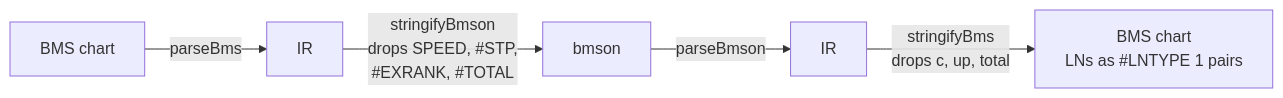
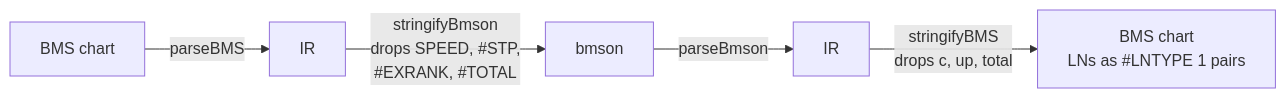
Before and after one commit to nulltask/be-music: the diagram in docs/format-compat.md, drawn with Mermaid. The commit also changed other lines of this file and 921 other files, not shown here.

````diff
--- a/docs/format-compat.md
+++ b/docs/format-compat.md
@@ -357,7 +357,7 @@
 ```mermaid
 flowchart LR
-  bms["BMS chart"] -->|parseBms| ir1["IR"]
+  bms["BMS chart"] -->|parseBMS| ir1["IR"]
   ir1 -->|"stringifyBmson<br/>drops SPEED, #STP,<br/>#EXRANK, #TOTAL"| bmson["bmson"]
   bmson -->|parseBmson| ir2["IR"]
-  ir2 -->|"stringifyBms<br/>drops c, up, total"| back["BMS chart<br/>LNs as #LNTYPE 1 pairs"]
+  ir2 -->|"stringifyBMS<br/>drops c, up, total"| back["BMS chart<br/>LNs as #LNTYPE 1 pairs"]
 ```
````
